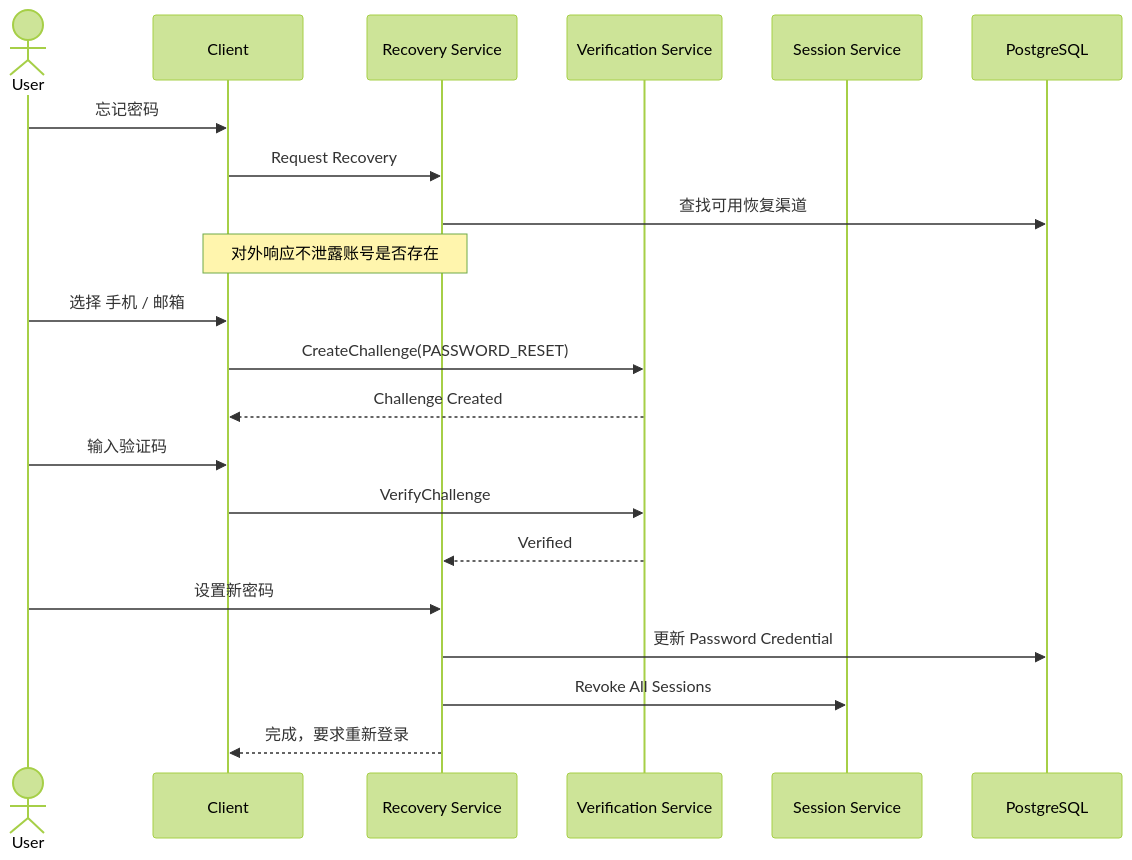
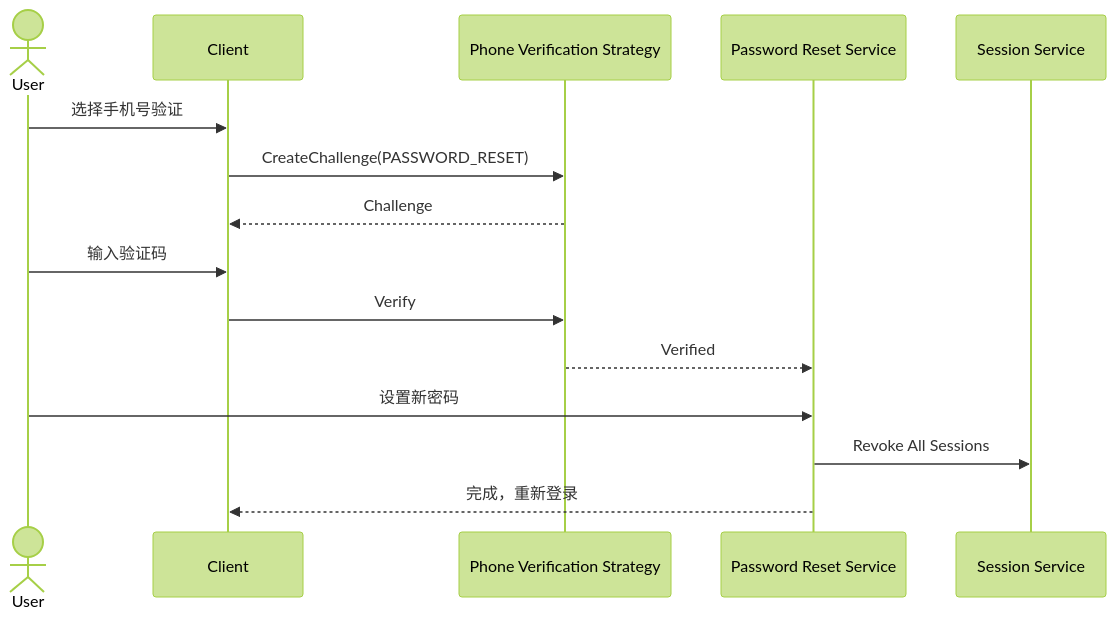
Before and after one commit to sxyq/mastergoods: the second of 4 diagrams in docs/system-design/01-账户与身份/04-密码与账号恢复.md, drawn with Mermaid (forest theme). The commit also changed other lines of this file and 7 other files, not shown here.

Commit message:
docs(identity): refine password reset and staff account boundaries

````diff
--- a/docs/system-design/01-账户与身份/04-密码与账号恢复.md
+++ b/docs/system-design/01-账户与身份/04-密码与账号恢复.md
@@ -31,27 +63,18 @@
 ```mermaid
 sequenceDiagram
     actor U as User
     participant C as Client
-    participant REC as Recovery Service
-    participant VERIFY as Verification Service
+    participant VERIFY as Phone Verification Strategy
+    participant RESET as Password Reset Service
     participant SESSION as Session Service
-    participant DB as PostgreSQL
 
-    U->>C: 忘记密码
-    C->>REC: Request Recovery
-    REC->>DB: 查找可用恢复渠道
-
-    Note over REC,C: 对外响应不泄露账号是否存在
-
-    U->>C: 选择 手机 / 邮箱
+    U->>C: 选择手机号验证
     C->>VERIFY: CreateChallenge(PASSWORD_RESET)
-    VERIFY-->>C: Challenge Created
+    VERIFY-->>C: Challenge
     U->>C: 输入验证码
-    C->>VERIFY: VerifyChallenge
-    VERIFY-->>REC: Verified
-
-    U->>REC: 设置新密码
-    REC->>DB: 更新 Password Credential
-    REC->>SESSION: Revoke All Sessions
-    REC-->>C: 完成，要求重新登录
+    C->>VERIFY: Verify
+    VERIFY-->>RESET: Verified
+    U->>RESET: 设置新密码
+    RESET->>SESSION: Revoke All Sessions
+    RESET-->>C: 完成，重新登录
 ```
````
